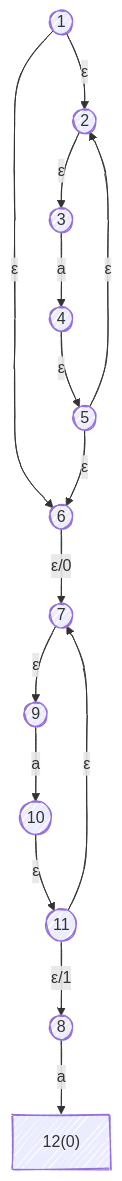
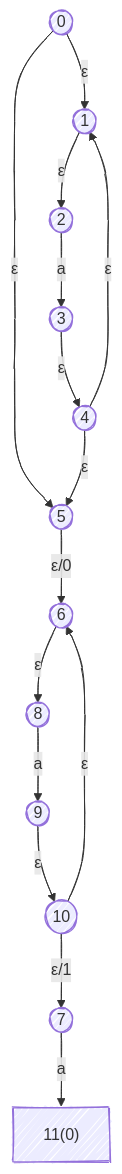
One commit to moonbitlang/moonlex-old changed the diagram in src/lib/tests/__snapshot__/nfa_a_star_capture.md. Above: the diagram before and after it, drawn with Mermaid. The commit also changed 21 other files, not shown here.

````diff
--- a/src/lib/tests/__snapshot__/nfa_a_star_capture.md
+++ b/src/lib/tests/__snapshot__/nfa_a_star_capture.md
@@ -1,33 +1,33 @@
 ```mermaid
 ---
   config:
     look: handDrawn
 ---
 graph TD
+0-->|"ε"|1
+0-->|"ε"|5
 1-->|"ε"|2
-1-->|"ε"|6
-2-->|"ε"|3
-3-->|"a"|4
+2-->|"a"|3
+3-->|"ε"|4
+4-->|"ε"|1
 4-->|"ε"|5
-5-->|"ε"|2
-5-->|"ε"|6
-6-->|"ε/0"|7
-7-->|"ε"|9
-8-->|"a"|12
-9-->|"a"|10
-10-->|"ε"|11
-11-->|"ε"|7
-11-->|"ε/1"|8
+5-->|"ε/0"|6
+6-->|"ε"|8
+7-->|"a"|11
+8-->|"a"|9
+9-->|"ε"|10
+10-->|"ε"|6
+10-->|"ε/1"|7
+0((0))
 1((1))
 2((2))
 3((3))
 4((4))
 5((5))
 6((6))
 7((7))
 8((8))
 9((9))
 10((10))
-11((11))
-12["12(0)"]
+11["11(0)"]
 ```
````
